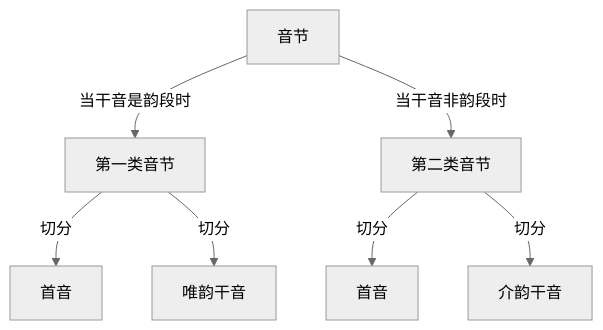
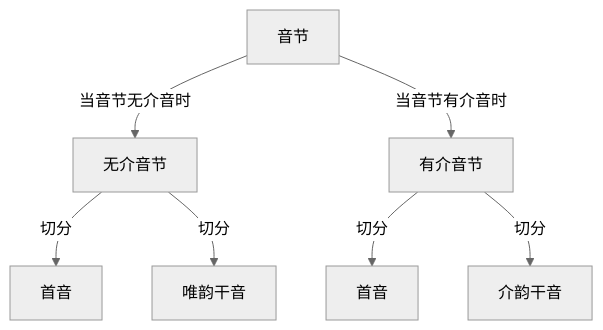
One commit to tsaanghwang/Yime-prototype changed the diagram in YIME_Theory/flowchart/首干二分.mmd. Above: the diagram before and after it, drawn with Mermaid (neutral theme). The commit also changed 28 other files, not shown here.

```diff
--- a/YIME_Theory/flowchart/首干二分.mmd
+++ b/YIME_Theory/flowchart/首干二分.mmd
@@ -1,7 +1,7 @@
 graph TB
-    A[音节] --> |当干音是韵段时|B[第一类音节]
-    A --> |当干音非韵段时|C[第二类音节]
+    A[音节] --> |当音节无介音时|B[无介音节]
+    A --> |当音节有介音时|C[有介音节]
     B --> |切分|D[首音]
     B --> |切分|E[唯韵干音]
     C --> |切分|F[首音]
     C --> |切分|G[介韵干音]
```
